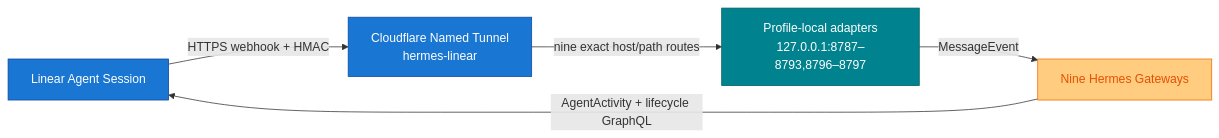
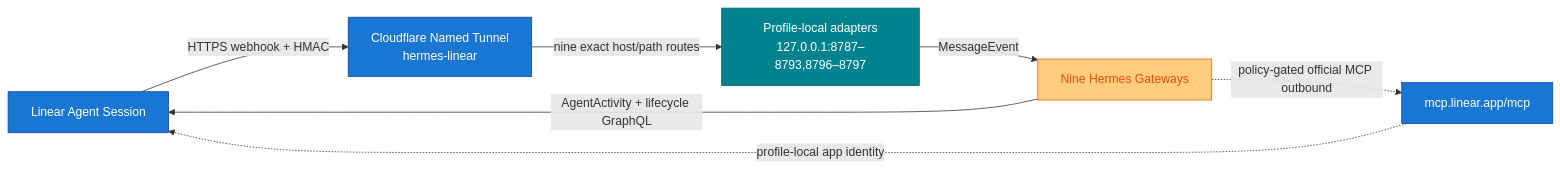
One commit to mpolatcan/hermes-setup changed the diagram in integrations/linear-hermes-platform/README.md. Above: the diagram before and after it, drawn with Mermaid. The commit also changed other lines of this file and 13 other files, not shown here.

First line of the commit message:
feat(linear): add policy-gated official MCP tools

````diff
--- a/integrations/linear-hermes-platform/README.md
+++ b/integrations/linear-hermes-platform/README.md
@@ -7,11 +7,13 @@
 ```mermaid
 flowchart LR
     L["Linear Agent Session"]:::net -->|"HTTPS webhook + HMAC"| C["Cloudflare Named Tunnel<br/>hermes-linear"]:::net
     C -->|"nine exact host/path routes"| A["Profile-local adapters<br/>127.0.0.1:8787–8793,8796–8797"]:::svc
     A -->|"MessageEvent"| G["Nine Hermes Gateways"]:::codex
     G -->|"AgentActivity + lifecycle GraphQL"| L
+    G -. "policy-gated official MCP outbound" .-> M["mcp.linear.app/mcp"]:::net
+    M -. "profile-local app identity" .-> L
 
     classDef net fill:#1976D2,stroke:#0D47A1,color:#fff
     classDef svc fill:#00838F,stroke:#006064,color:#fff
     classDef codex fill:#FFCC80,stroke:#EF6C00,color:#E65100
 ```
````
